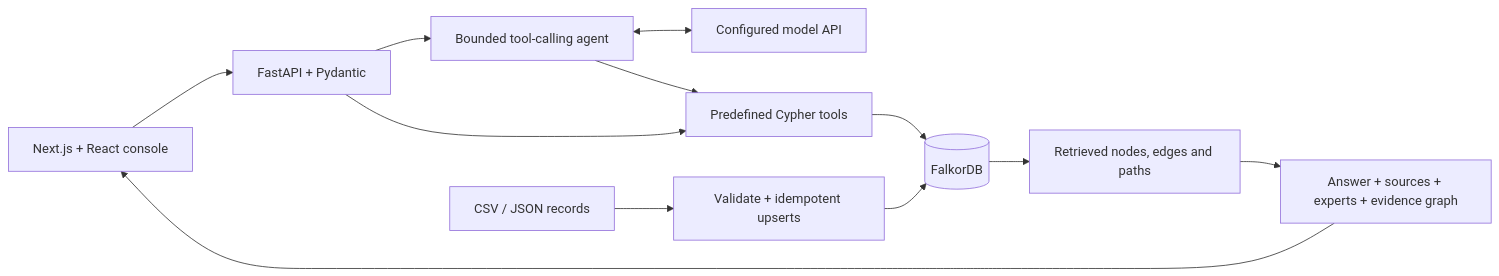
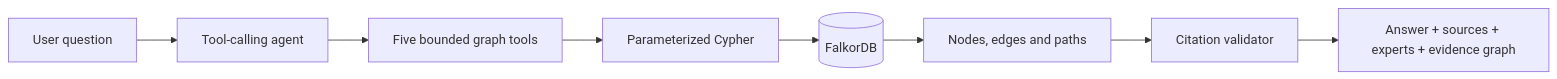
The first of 3 diagrams in README.md (krshn0x/KnowGraph-AI-Standalone), drawn with Mermaid before and after one commit. The commit also changed other lines of this file and 11 other files, not shown here.

````diff
--- a/README.md
+++ b/README.md
@@ -15,14 +11,10 @@
 ```mermaid
 flowchart LR
-    UI[Next.js + React console] --> API[FastAPI + Pydantic]
-    API --> Agent[Bounded tool-calling agent]
-    Agent <--> LLM[Configured model API]
-    Agent --> Retrieval[Predefined Cypher tools]
-    API --> Retrieval
-    Retrieval --> DB[(FalkorDB)]
-    Files[CSV / JSON records] --> Ingest[Validate + idempotent upserts]
-    Ingest --> DB
-    DB --> Evidence[Retrieved nodes, edges and paths]
-    Evidence --> Answer[Answer + sources + experts + evidence graph]
-    Answer --> UI
+    U[User question] --> A[Tool-calling agent]
+    A --> T[Five bounded graph tools]
+    T --> C[Parameterized Cypher]
+    C --> F[(FalkorDB)]
+    F --> E[Nodes, edges and paths]
+    E --> V[Citation validator]
+    V --> R[Answer + sources + experts + evidence graph]
 ```
````
